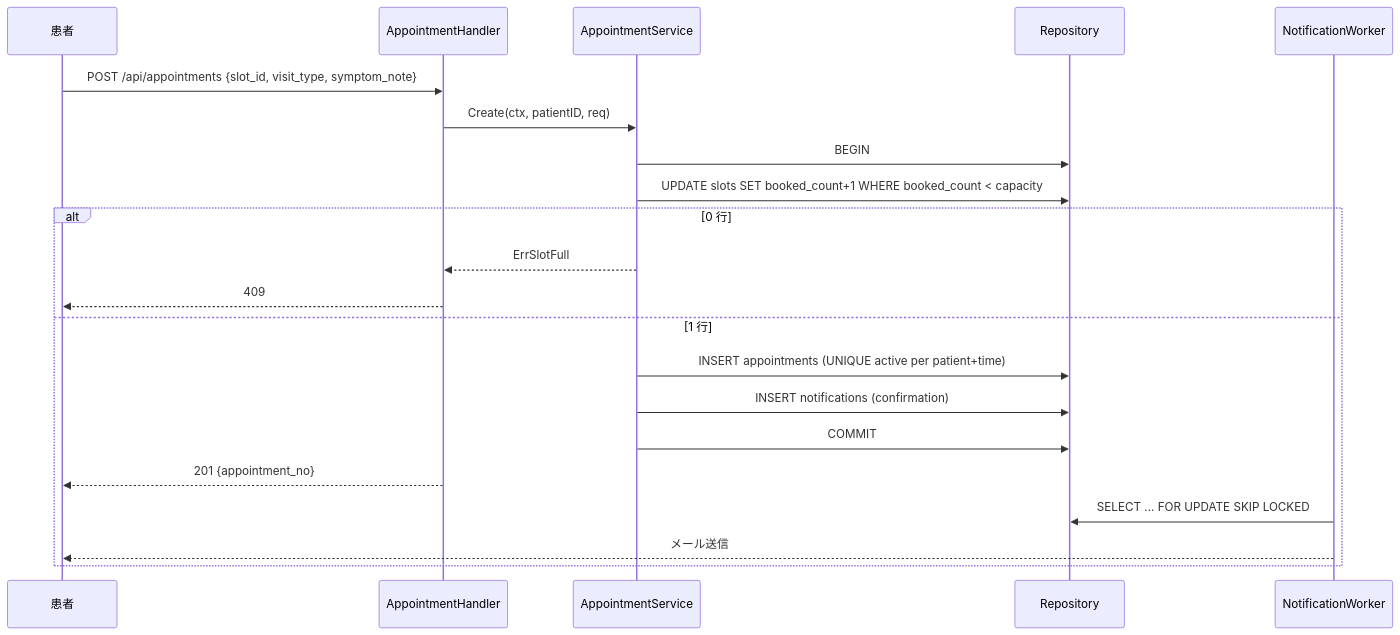
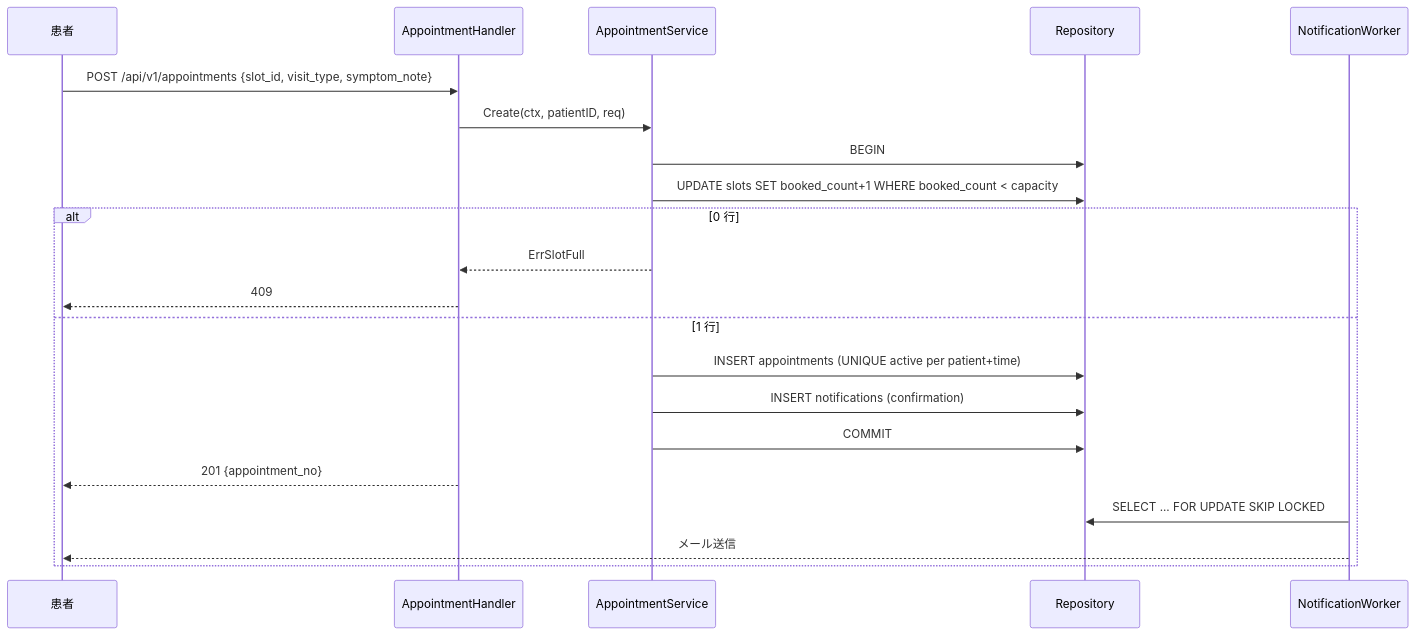
One commit to kava2108/booking changed the second of 4 diagrams in .kiro/specs/clinic-reservation/design.md. Above: the diagram before and after it, drawn with Mermaid. The commit also changed other lines of this file and 88 other files, not shown here.

````diff
--- a/.kiro/specs/clinic-reservation/design.md
+++ b/.kiro/specs/clinic-reservation/design.md
@@ -100,24 +100,24 @@
 ```mermaid
 sequenceDiagram
   participant P as 患者
   participant H as AppointmentHandler
   participant S as AppointmentService
   participant R as Repository
   participant W as NotificationWorker
 
-  P->>H: POST /api/appointments {slot_id, visit_type, symptom_note}
+  P->>H: POST /api/v1/appointments {slot_id, visit_type, symptom_note}
   H->>S: Create(ctx, patientID, req)
   S->>R: BEGIN
   S->>R: UPDATE slots SET booked_count+1 WHERE booked_count < capacity
   alt 0 行
     S-->>H: ErrSlotFull
     H-->>P: 409
   else 1 行
     S->>R: INSERT appointments (UNIQUE active per patient+time)
     S->>R: INSERT notifications (confirmation)
     S->>R: COMMIT
     H-->>P: 201 {appointment_no}
     W->>R: SELECT ... FOR UPDATE SKIP LOCKED
     W-->>P: メール送信
   end
 ```
````
